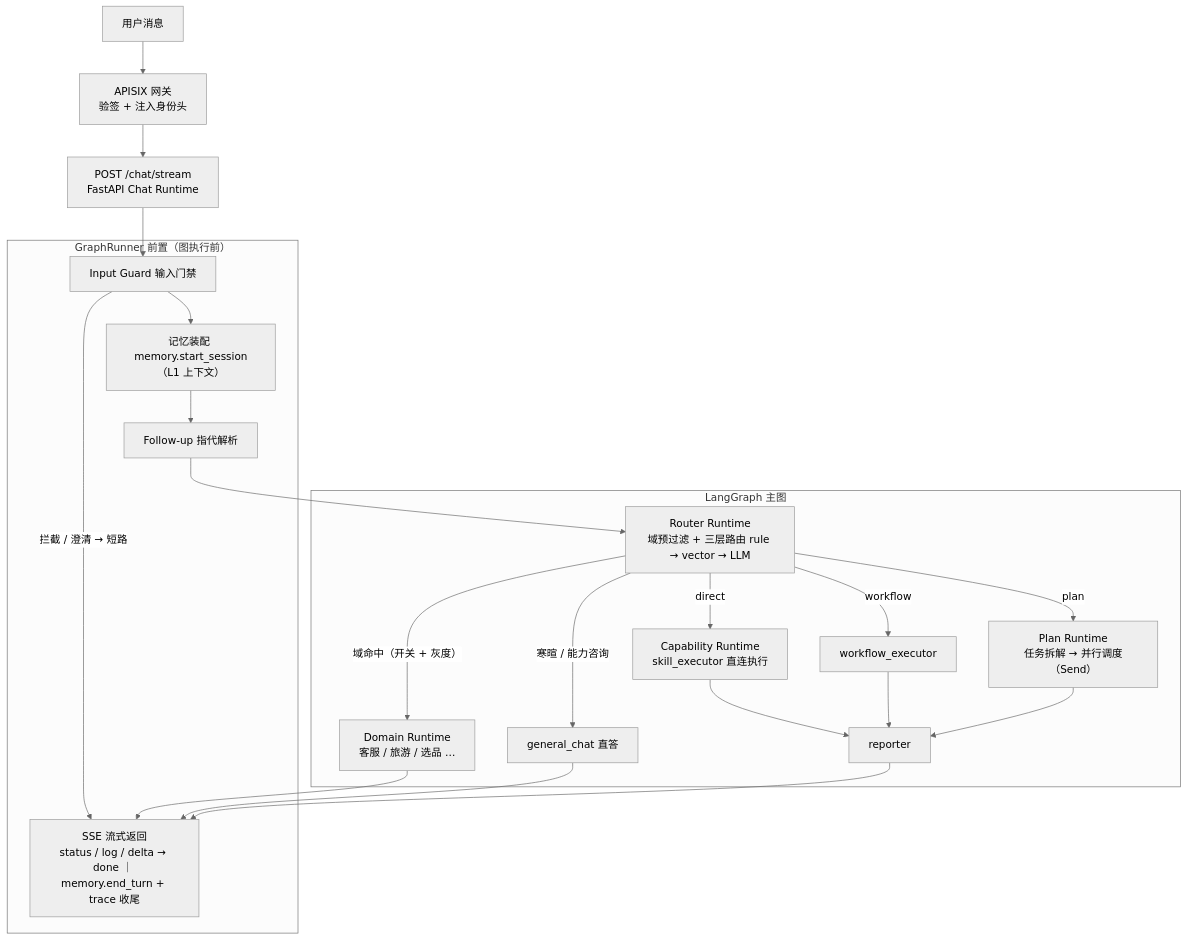
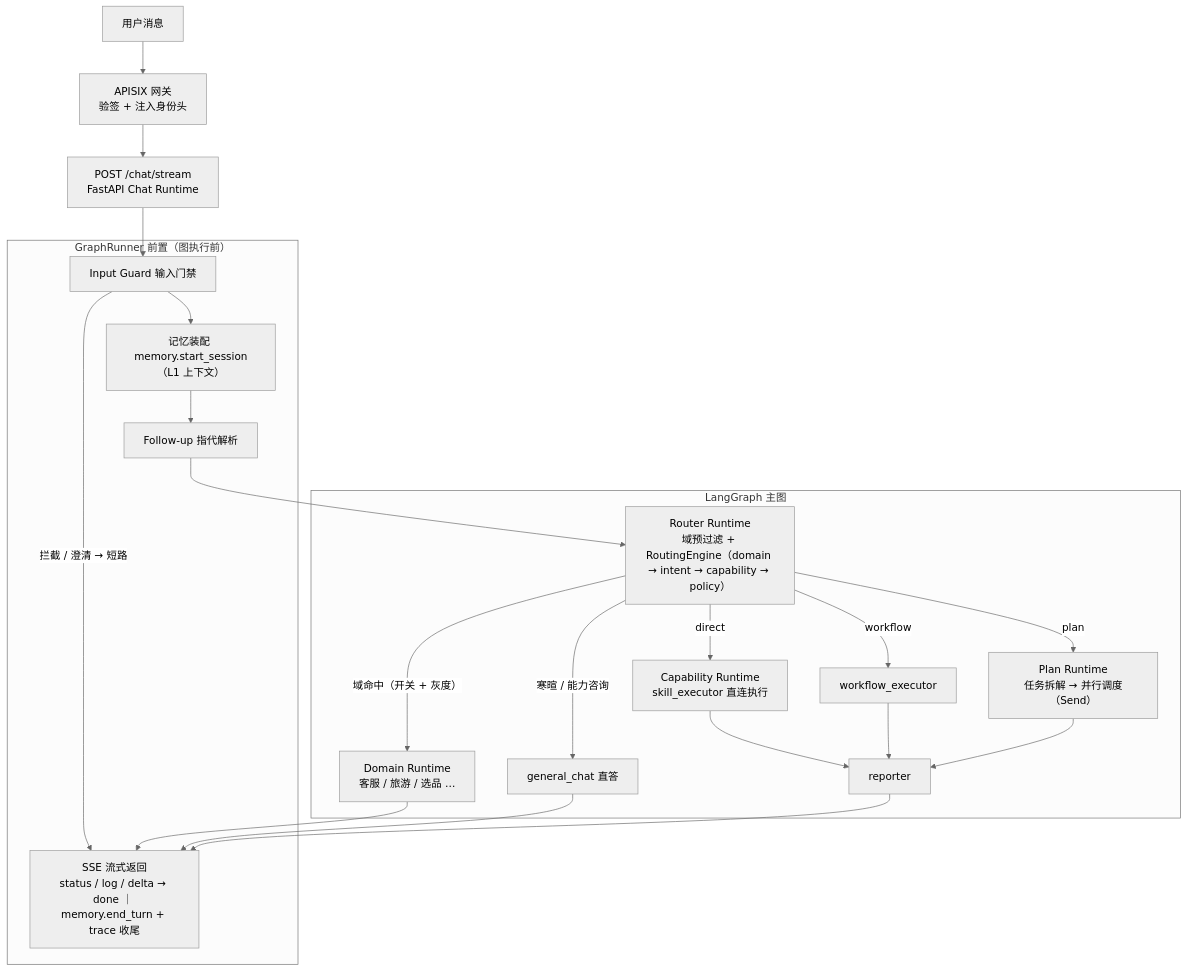
The second of 3 diagrams in README.md (Jayus-07/agent), drawn with Mermaid (neutral theme) before and after one commit. The commit also changed other lines of this file and 6 other files, not shown here.

First line of the commit message:
docs(routing): 路由层收口文档同步——RoutingEngine 六阶段口径替换三层路由残留

````diff
--- a/README.md
+++ b/README.md
@@ -77,31 +77,31 @@
 ```mermaid
 flowchart TB
     OUT["SSE 流式返回<br/>status / log / delta → done ｜ memory.end_turn + trace 收尾"]
     U["用户消息"] --> GW["APISIX 网关<br/>验签 + 注入身份头"]
     GW --> API["POST /chat/stream<br/>FastAPI Chat Runtime"]
     API --> IG
 
     subgraph PRE["GraphRunner 前置（图执行前）"]
         IG["Input Guard 输入门禁"] -->|"拦截 / 澄清 → 短路"| OUT
         IG --> MEM["记忆装配 memory.start_session（L1 上下文）"]
         MEM --> FU["Follow-up 指代解析"]
     end
 
     FU --> RT
 
     subgraph G["LangGraph 主图"]
-        RT["Router Runtime<br/>域预过滤 + 三层路由 rule → vector → LLM"]
+        RT["Router Runtime<br/>域预过滤 + RoutingEngine（domain → intent → capability → policy）"]
         RT -->|"direct"| DE["Capability Runtime<br/>skill_executor 直连执行"]
         RT -->|"workflow"| WE["workflow_executor"]
         RT -->|"plan"| PL["Plan Runtime<br/>任务拆解 → 并行调度（Send）"]
         RT -->|"寒暄 / 能力咨询"| GC["general_chat 直答"]
         RT -->|"域命中（开关 + 灰度）"| DG["Domain Runtime<br/>客服 / 旅游 / 选品 …"]
         DE --> REP["reporter"]
         WE --> REP
         PL --> REP
     end
 
     DG --> OUT
     GC --> OUT
     REP --> OUT
 ```
````
